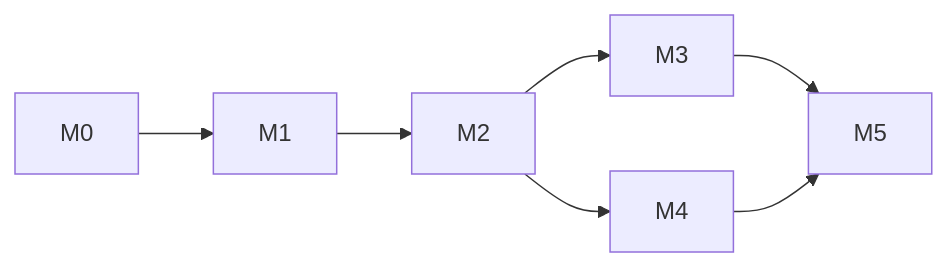
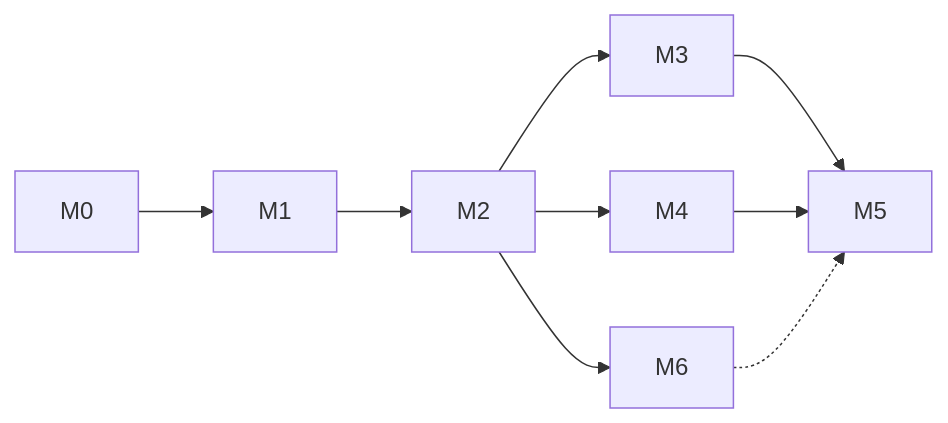
Before and after one commit to cirruscape/quizdash-app: the third of 3 diagrams in docs/PLAN.md, drawn with Mermaid. The commit also changed other lines of this file and 1 other file, not shown here.

````diff
--- a/docs/PLAN.md
+++ b/docs/PLAN.md
@@ -441,5 +476,6 @@
 ```mermaid
 flowchart LR
   M0 --> M1 --> M2 --> M3 --> M5
   M2 --> M4 --> M5
+  M2 --> M6 -.-> M5
 ```
````
